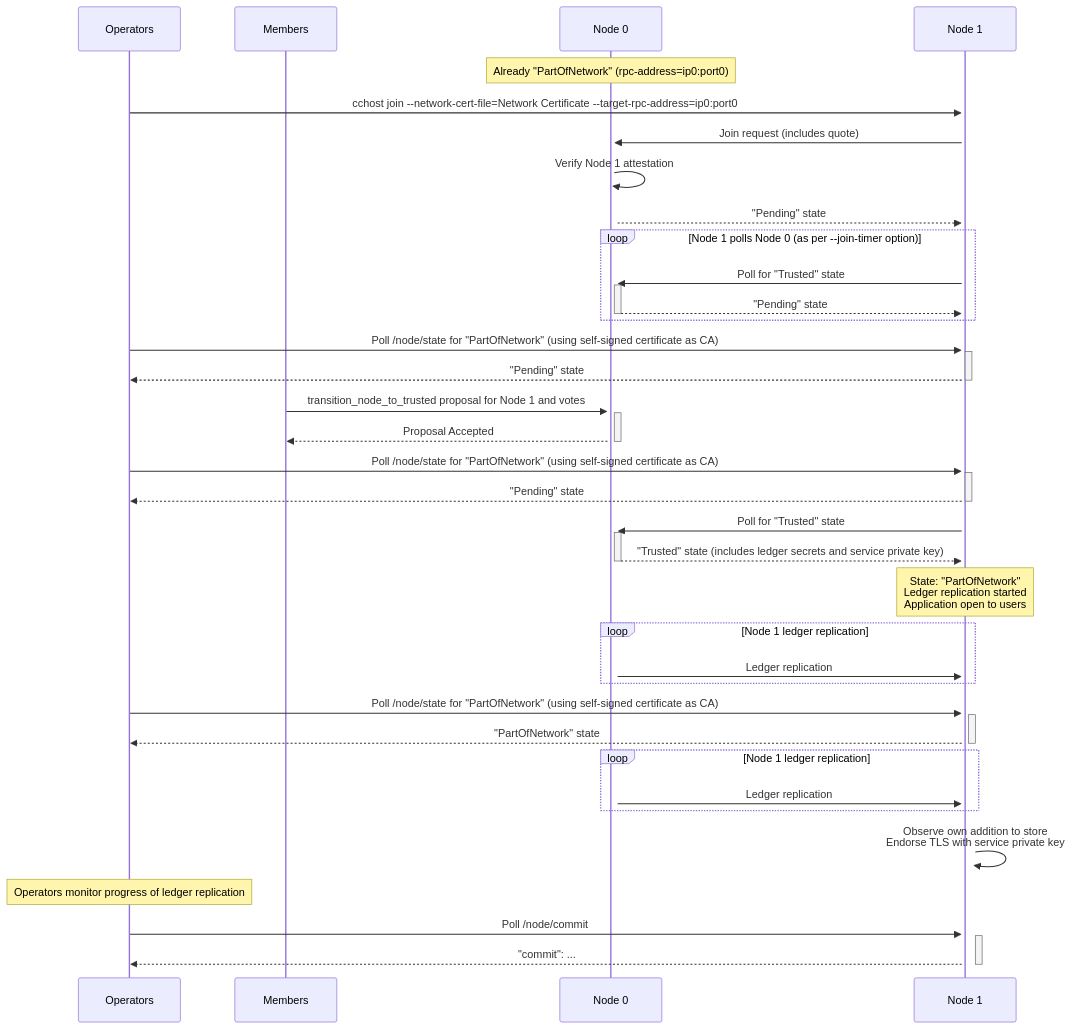
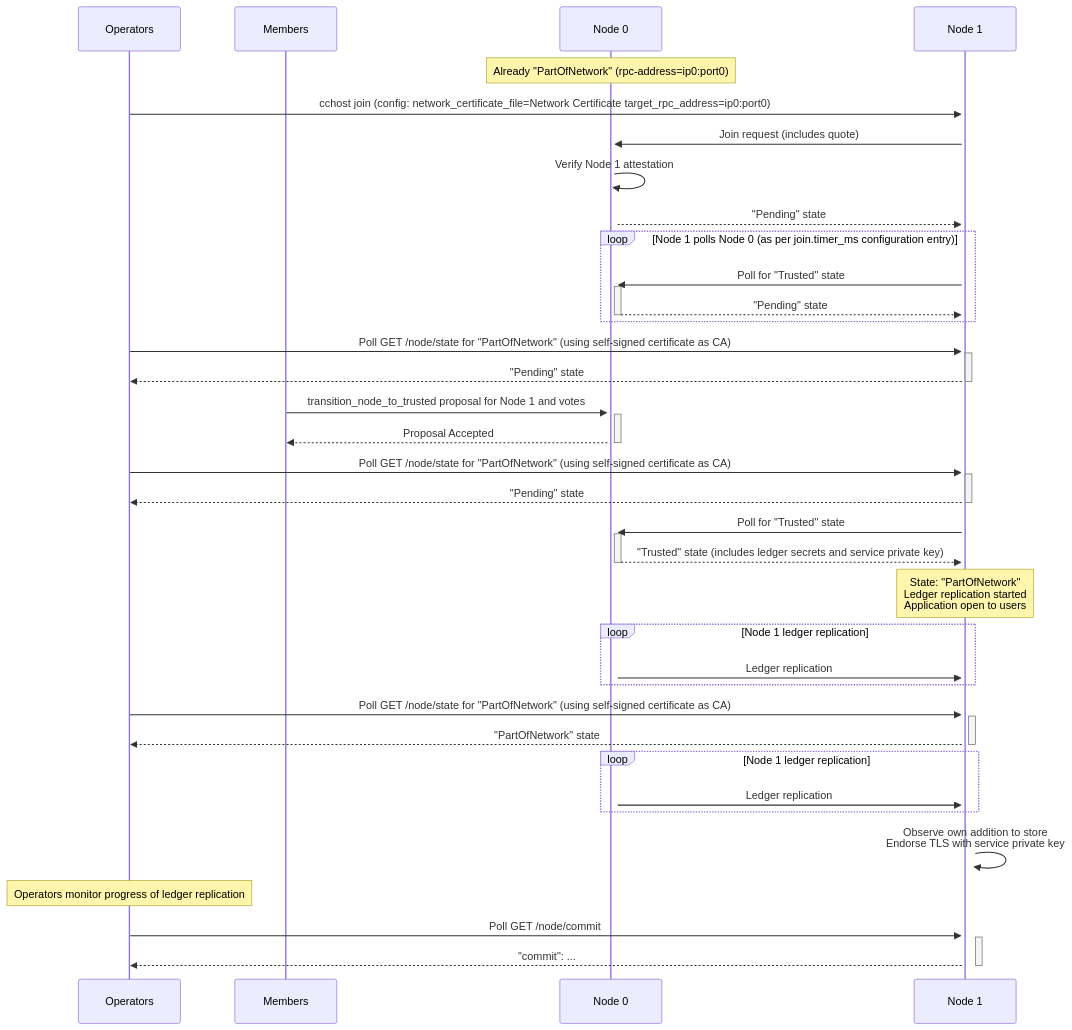
The third of 3 diagrams in doc/operations/start_network.rst (microsoft/CCF), drawn with Mermaid before and after one commit. The commit also changed other lines of this file and 78 other files, not shown here.

Commit message:
JSON configuration for `cchost` (#3209)

```diff
--- a/doc/operations/start_network.rst
+++ b/doc/operations/start_network.rst
@@ -102,51 +71,51 @@
 .. mermaid::
 
     sequenceDiagram
         participant Operators
         participant Members
         participant Node 0
         participant Node 1
 
         Note over Node 0: Already "PartOfNetwork" (rpc-address=ip0:port0)
 
-        Operators->>+Node 1: cchost join --network-cert-file=Network Certificate --target-rpc-address=ip0:port0
+        Operators->>+Node 1: cchost join (config: network_certificate_file=Network Certificate target_rpc_address=ip0:port0)
 
         Node 1->>+Node 0: Join request (includes quote)
         Node 0->>+Node 0: Verify Node 1 attestation
         Node 0-->>Node 1: "Pending" state
 
-        loop Node 1 polls Node 0 (as per --join-timer option)
+        loop Node 1 polls Node 0 (as per join.timer_ms configuration entry)
             Node 1->>+Node 0: Poll for "Trusted" state
             Node 0-->>-Node 1: "Pending" state
         end
 
-        Operators->>+Node 1: Poll /node/state for "PartOfNetwork" (using self-signed certificate as CA)
+        Operators->>+Node 1: Poll GET /node/state for "PartOfNetwork" (using self-signed certificate as CA)
         Node 1-->>-Operators: "Pending" state
 
         Members->>+Node 0: transition_node_to_trusted proposal for Node 1 and votes
         Node 0-->>-Members: Proposal Accepted
 
-        Operators->>+Node 1: Poll /node/state for "PartOfNetwork" (using self-signed certificate as CA)
+        Operators->>+Node 1: Poll GET /node/state for "PartOfNetwork" (using self-signed certificate as CA)
         Node 1-->>-Operators: "Pending" state
 
         Node 1->>+Node 0: Poll for "Trusted" state
         Node 0-->>-Node 1: "Trusted" state (includes ledger secrets and service private key)
 
         Note over Node 1: State: "PartOfNetwork" <br/> Ledger replication started <br/> Application open to users
 
         loop Node 1 ledger replication
             Node 0->>+Node 1: Ledger replication
         end
 
-        Operators->>+Node 1: Poll /node/state for "PartOfNetwork" (using self-signed certificate as CA)
+        Operators->>+Node 1: Poll GET /node/state for "PartOfNetwork" (using self-signed certificate as CA)
         Node 1-->>-Operators: "PartOfNetwork" state
 
         loop Node 1 ledger replication
             Node 0->>+Node 1: Ledger replication
         end
 
         Node 1->>+Node 1: Observe own addition to store <br> Endorse TLS with service private key
 
         Note over Operators: Operators monitor progress of ledger replication
-        Operators->>+Node 1: Poll /node/commit
+        Operators->>+Node 1: Poll GET /node/commit
         Node 1-->>-Operators: "commit": ...
```
